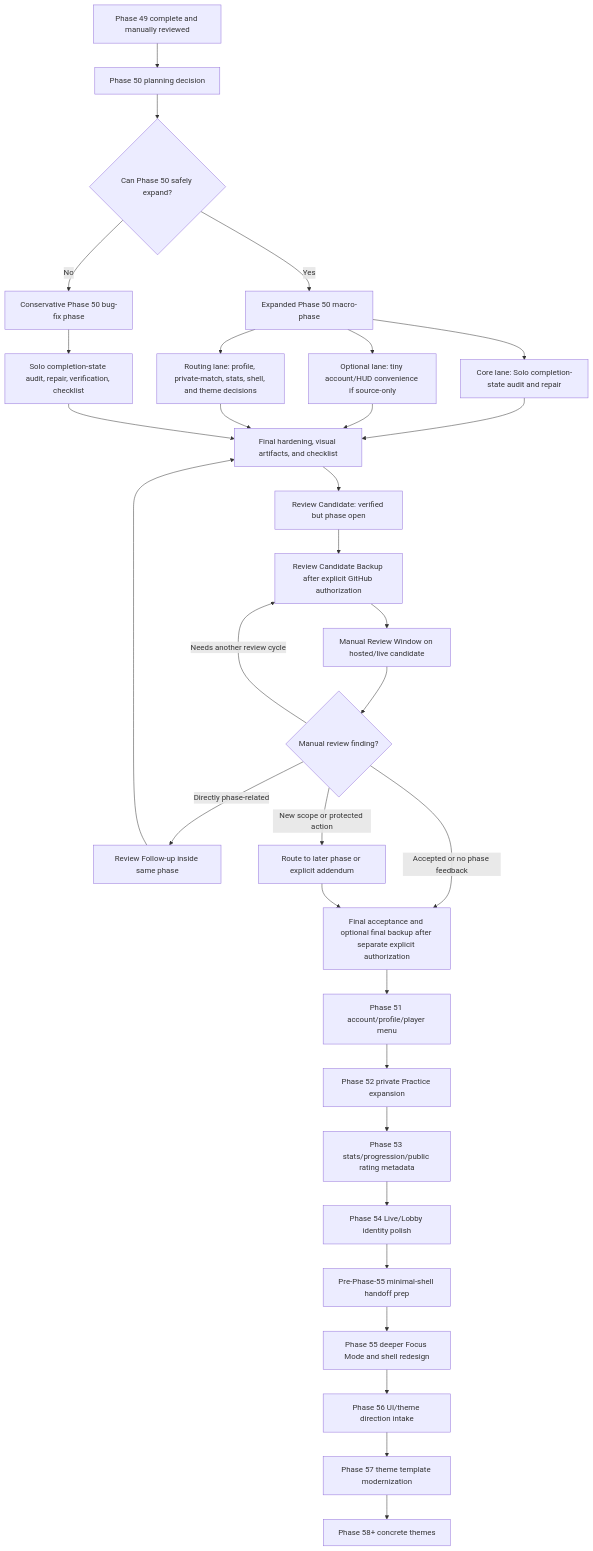
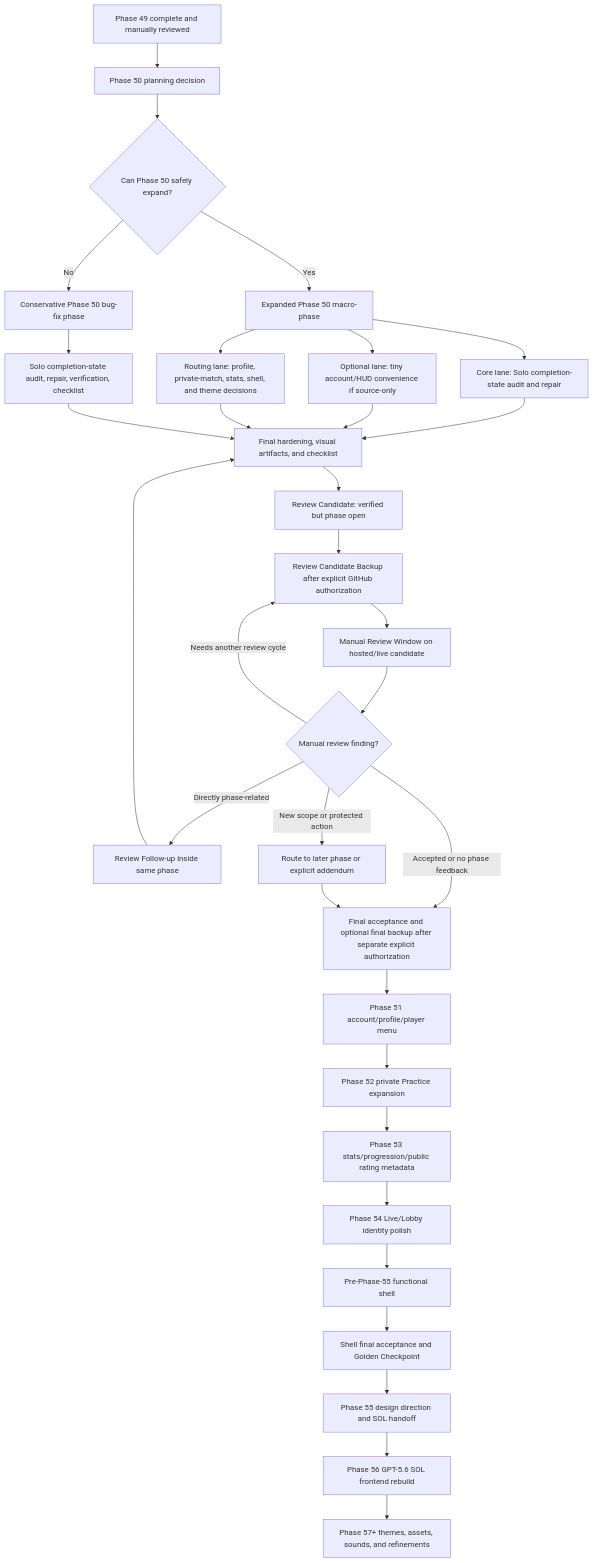
One commit to ryanjosephkamp/brrrdle-dev changed the diagram in planning/FUTURE-WORKFLOW-TIMELINE.md. Above: the diagram before and after it, drawn with Mermaid. The commit also changed other lines of this file and 7 other files, not shown here.

First line of the commit message:
Pre-Phase-55 Functional Shell Final Acceptance (#57)

````diff
--- a/planning/FUTURE-WORKFLOW-TIMELINE.md
+++ b/planning/FUTURE-WORKFLOW-TIMELINE.md
@@ -198,38 +200,38 @@
 ```mermaid
 flowchart TB
     A["Phase 49 complete and manually reviewed"] --> B["Phase 50 planning decision"]
     B --> C{"Can Phase 50 safely expand?"}
     C -->|Yes| D["Expanded Phase 50 macro-phase"]
     C -->|No| E["Conservative Phase 50 bug-fix phase"]
 
     D --> D1["Core lane: Solo completion-state audit and repair"]
     D --> D2["Optional lane: tiny account/HUD convenience if source-only"]
     D --> D3["Routing lane: profile, private-match, stats, shell, and theme decisions"]
     E --> E1["Solo completion-state audit, repair, verification, checklist"]
 
     D1 --> F["Final hardening, visual artifacts, and checklist"]
     D2 --> F
     D3 --> F
     E1 --> F
 
     F --> R["Review Candidate: verified but phase open"]
     R --> RB["Review Candidate Backup after explicit GitHub authorization"]
     RB --> MR["Manual Review Window on hosted/live candidate"]
     MR --> Q{"Manual review finding?"}
     Q -->|Directly phase-related| RF["Review Follow-up inside same phase"]
     RF --> F
     Q -->|Needs another review cycle| RB
     Q -->|Accepted or no phase feedback| G["Final acceptance and optional final backup after separate explicit authorization"]
     Q -->|New scope or protected action| NX["Route to later phase or explicit addendum"]
     NX --> G
 
     G --> H["Phase 51 account/profile/player menu"]
     H --> I["Phase 52 private Practice expansion"]
     I --> J["Phase 53 stats/progression/public rating metadata"]
     J --> K["Phase 54 Live/Lobby identity polish"]
-    K --> P["Pre-Phase-55 minimal-shell handoff prep"]
-    P --> L["Phase 55 deeper Focus Mode and shell redesign"]
-    L --> M["Phase 56 UI/theme direction intake"]
-    M --> N["Phase 57 theme template modernization"]
-    N --> O["Phase 58+ concrete themes"]
+    K --> P["Pre-Phase-55 functional shell"]
+    P --> SA["Shell final acceptance and Golden Checkpoint"]
+    SA --> L["Phase 55 design direction and SOL handoff"]
+    L --> M["Phase 56 GPT-5.6 SOL frontend rebuild"]
+    M --> N["Phase 57+ themes, assets, sounds, and refinements"]
 ```
````
